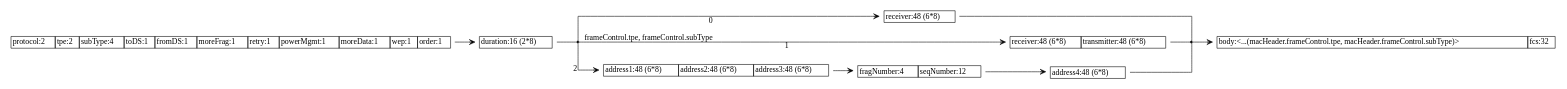
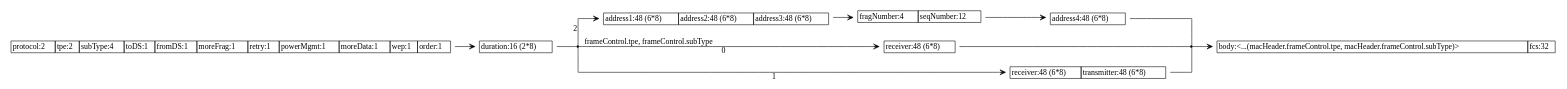
The diagram in src/802_11/union/802.11-union-spec.dot (sireum/bitcodec-examples), drawn with Graphviz before and after one commit. The commit also changed 4 other files, not shown here.

```diff
--- a/src/802_11/union/802.11-union-spec.dot
+++ b/src/802_11/union/802.11-union-spec.dot
@@ -1,61 +1,61 @@
 digraph G {
   rankdir = LR;
   graph [splines=ortho];
   node [shape=plaintext];
   edge [arrowhead=vee];
 
   n0 [label=<
     <TABLE BORDER="0" CELLBORDER="1" CELLSPACING="0" TOOLTIP="MacFrame.macHeader.frameControl" HREF="#">
       <TR><TD>protocol:2</TD><TD>tpe:2</TD><TD>subType:4</TD><TD>toDS:1</TD><TD>fromDS:1</TD><TD>moreFrag:1</TD><TD>retry:1</TD><TD>powerMgmt:1</TD><TD>moreData:1</TD><TD>wep:1</TD><TD>order:1</TD></TR>
     </TABLE>
   >];
   n1 [label=<
     <TABLE BORDER="0" CELLBORDER="1" CELLSPACING="0" TOOLTIP="MacFrame.macHeader" HREF="#">
       <TR><TD>duration:16 (2*8)</TD></TR>
     </TABLE>
   >];
   n2 [shape=point];
   n3 [label=<
+    <TABLE BORDER="0" CELLBORDER="1" CELLSPACING="0" TOOLTIP="MacFrame.macHeader.data" HREF="#">
+      <TR><TD>address1:48 (6*8)</TD><TD>address2:48 (6*8)</TD><TD>address3:48 (6*8)</TD></TR>
+    </TABLE>
+  >];
+  n4 [label=<
     <TABLE BORDER="0" CELLBORDER="1" CELLSPACING="0" TOOLTIP="MacFrame.macHeader.receiver" HREF="#">
       <TR><TD>receiver:48 (6*8)</TD></TR>
     </TABLE>
   >];
-  n4 [label=<
+  n5 [label=<
     <TABLE BORDER="0" CELLBORDER="1" CELLSPACING="0" TOOLTIP="MacFrame.macHeader.receiverTransmitter" HREF="#">
       <TR><TD>receiver:48 (6*8)</TD><TD>transmitter:48 (6*8)</TD></TR>
-    </TABLE>
-  >];
-  n5 [label=<
-    <TABLE BORDER="0" CELLBORDER="1" CELLSPACING="0" TOOLTIP="MacFrame.macHeader.data" HREF="#">
-      <TR><TD>address1:48 (6*8)</TD><TD>address2:48 (6*8)</TD><TD>address3:48 (6*8)</TD></TR>
     </TABLE>
   >];
   n6 [shape=point];
   n7 [label=<
     <TABLE BORDER="0" CELLBORDER="1" CELLSPACING="0" TOOLTIP="MacFrame.macHeader.data.seqControl" HREF="#">
       <TR><TD>fragNumber:4</TD><TD>seqNumber:12</TD></TR>
     </TABLE>
   >];
   n8 [label=<
     <TABLE BORDER="0" CELLBORDER="1" CELLSPACING="0" TOOLTIP="MacFrame" HREF="#">
       <TR><TD>body:&lt;...(macHeader.frameControl.tpe, macHeader.frameControl.subType)&gt;</TD><TD>fcs:32</TD></TR>
     </TABLE>
   >];
   n9 [label=<
     <TABLE BORDER="0" CELLBORDER="1" CELLSPACING="0" TOOLTIP="MacFrame.macHeader.data" HREF="#">
       <TR><TD>address4:48 (6*8)</TD></TR>
     </TABLE>
   >];
 
   n0 -> n1;
   n1 -> n2 [arrowhead=none, xlabel="frameControl.tpe, frameControl.subType", tooltip="p => p match {&#013;  case /* CTS */ (Frame.Control, u4\"0xC\") => 0&#013;  case /* RTS */ (Frame.Control, u4\"0xB\") => 1&#013;  case /* Data */ (Frame.Data, _) => 2&#013;  case _ => -1 // error&#013;}", href="#"];
-  n2 -> n3 [xlabel="0"];
-  n2 -> n4 [xlabel="1"];
-  n2 -> n5 [xlabel="2"];
-  n3 -> n6 [arrowhead=none];
+  n2 -> n3 [xlabel="2"];
+  n2 -> n4 [xlabel="0"];
+  n2 -> n5 [xlabel="1"];
+  n5 -> n6 [arrowhead=none];
   n9 -> n6 [arrowhead=none];
   n4 -> n6 [arrowhead=none];
-  n5 -> n7;
+  n3 -> n7;
   n6 -> n8;
   n7 -> n9;
 }
```
